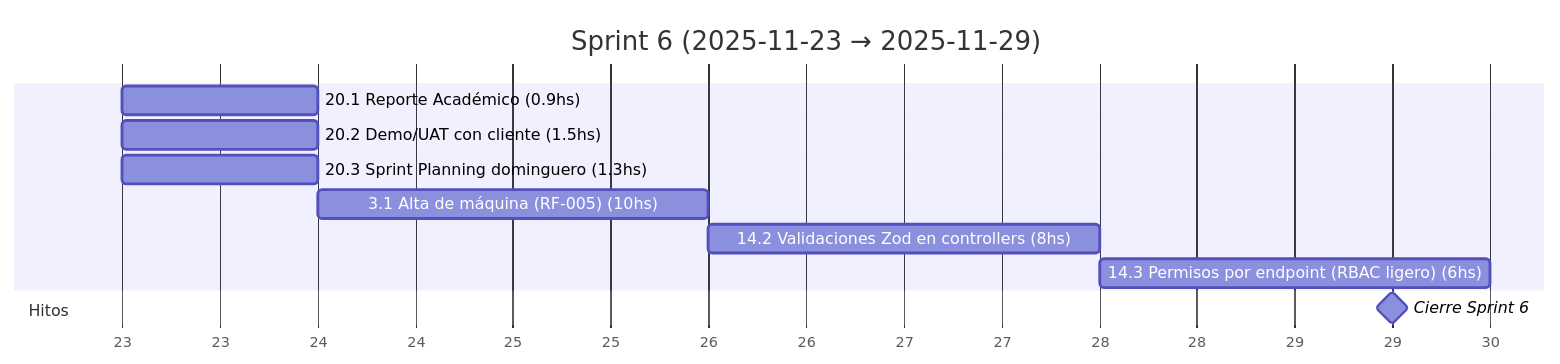
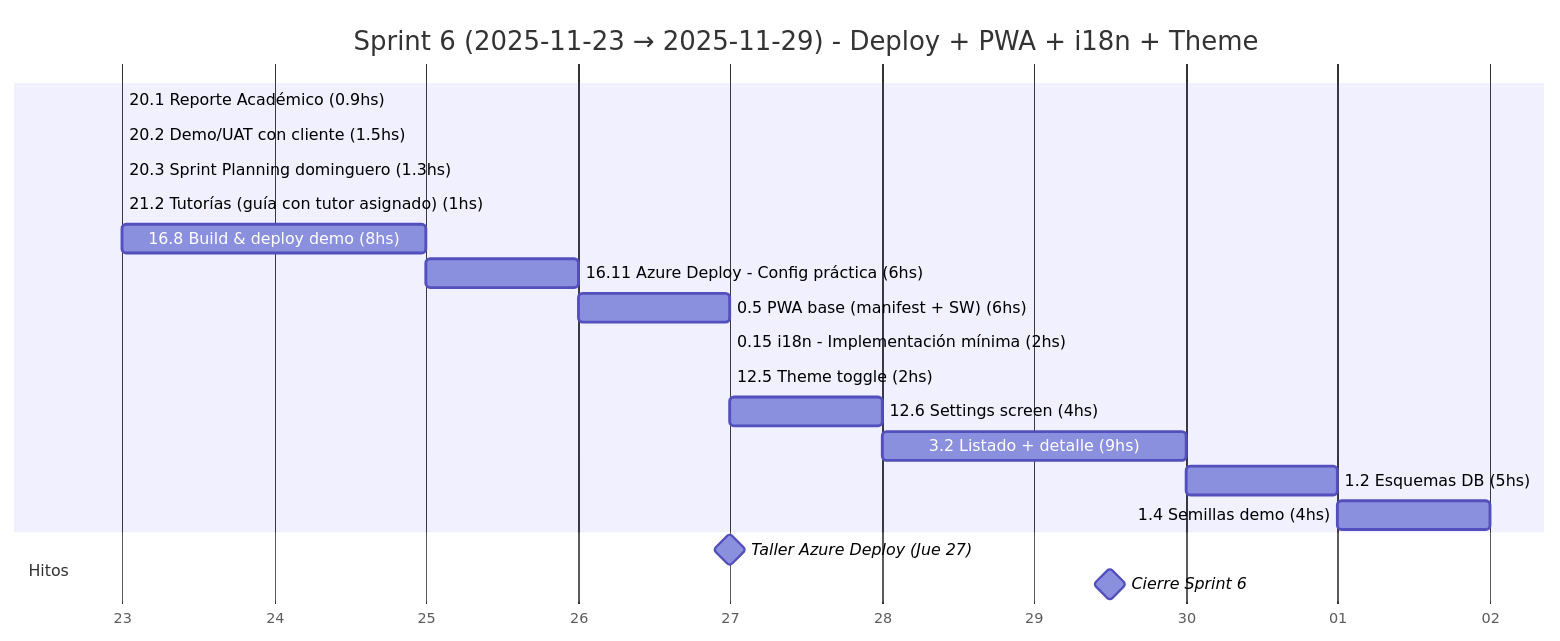
The seventh of 19 diagrams in docs/SprintsGantts.md (MarkMed/FleetMan), drawn with Mermaid before and after one commit. The commit also changed other lines of this file and 2 other files, not shown here.

Commit message:
feat: update Sprint planning and WBS with new tasks and hours estimates for improved project tracking

````diff
--- a/docs/SprintsGantts.md
+++ b/docs/SprintsGantts.md
@@ -181,18 +181,27 @@
 ```mermaid
 gantt
-  title Sprint 6 (2025-11-23 → 2025-11-29)
+  title Sprint 6 (2025-11-23 → 2025-11-29) - Deploy + PWA + i18n + Theme
   dateFormat  YYYY-MM-DD
   axisFormat  %d
 
   %% Asumimos 5 h/día. Horas estimadas incluidas en el nombre.
+  %% ⚠️ Sprint sobrecargado (51.7hs vs 35hs objetivo). Priorizar deploy + UX core.
 
-  20.1 Reporte Académico (0.9hs)               :t201, 2025-11-23, 1d
-  20.2 Demo/UAT con cliente (1.5hs)            :t202, 2025-11-23, 1d
-  20.3 Sprint Planning dominguero (1.3hs)      :t203, 2025-11-23, 1d
-  3.1 Alta de máquina (RF-005) (10hs)          :t31, after t203, 2d
-  14.2 Validaciones Zod en controllers (8hs)   :t142, after t31, 2d
-  14.3 Permisos por endpoint (RBAC ligero) (6hs) :t143, after t142, 2d
+  20.1 Reporte Académico (0.9hs)               :t201, 2025-11-23, 0.18d
+  20.2 Demo/UAT con cliente (1.5hs)            :t202, 2025-11-23, 0.3d
+  20.3 Sprint Planning dominguero (1.3hs)      :t203, 2025-11-23, 0.26d
+  21.2 Tutorías (guía con tutor asignado) (1hs) :t212, after t203, 0.2d
+  16.8 Build & deploy demo (8hs)               :t168, after t212, 1.6d
+  16.11 Azure Deploy - Config práctica (6hs)   :t1611, after t168, 1.2d
+  0.5 PWA base (manifest + SW) (6hs)           :t05, after t1611, 1.2d
+  0.15 i18n - Implementación mínima (2hs)      :t015, after t05, 0.4d
+  12.5 Theme toggle (2hs)                      :t125, after t015, 0.4d
+  12.6 Settings screen (4hs)                   :t126, after t125, 0.8d
+  3.2 Listado + detalle (9hs)                  :t32, after t126, 1.8d
+  1.2 Esquemas DB (5hs)                        :t12, after t32, 1d
+  1.4 Semillas demo (4hs)                      :t14, after t12, 0.8d
 
   section Hitos
+  Taller Azure Deploy (Jue 27)                 :milestone, taller, 2025-11-27, 0d
   Cierre Sprint 6                              :milestone, s6, 2025-11-29, 1d
 ```
````
